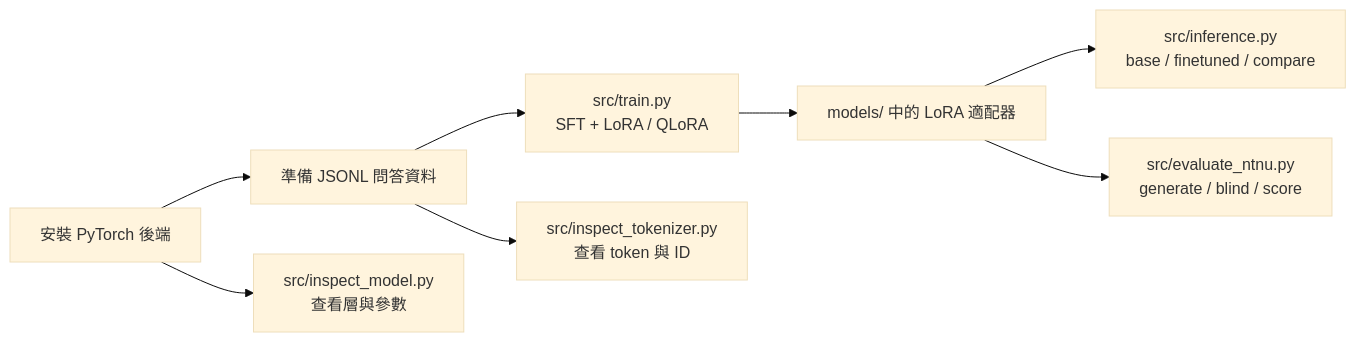
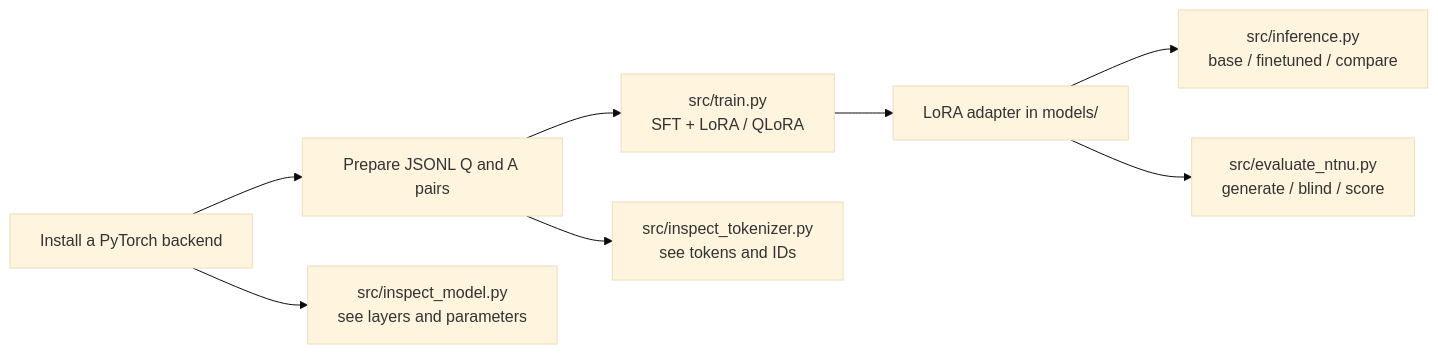
One commit to cw1997/fine-tuning-playground changed the first of 13 diagrams in README.zh-Hant.md. Above: the diagram before and after it, drawn with Mermaid (base theme). The commit also changed other lines of this file and 1 other file, not shown here.

````diff
--- a/README.zh-Hant.md
+++ b/README.zh-Hant.md
@@ -82,10 +83,10 @@
 ```mermaid
 flowchart LR
-    A["安裝 PyTorch 後端"] --> B["準備 JSONL 問答資料"]
+    A["Install a PyTorch backend"] --> B["Prepare JSONL Q and A pairs"]
     B --> C["src/train.py<br/>SFT + LoRA / QLoRA"]
-    C --> D["models/ 中的 LoRA 適配器"]
+    C --> D["LoRA adapter in models/"]
     D --> E["src/inference.py<br/>base / finetuned / compare"]
     D --> F["src/evaluate_ntnu.py<br/>generate / blind / score"]
-    B --> G["src/inspect_tokenizer.py<br/>查看 token 與 ID"]
-    A --> H["src/inspect_model.py<br/>查看層與參數"]
+    B --> G["src/inspect_tokenizer.py<br/>see tokens and IDs"]
+    A --> H["src/inspect_model.py<br/>see layers and parameters"]
 ```
````
